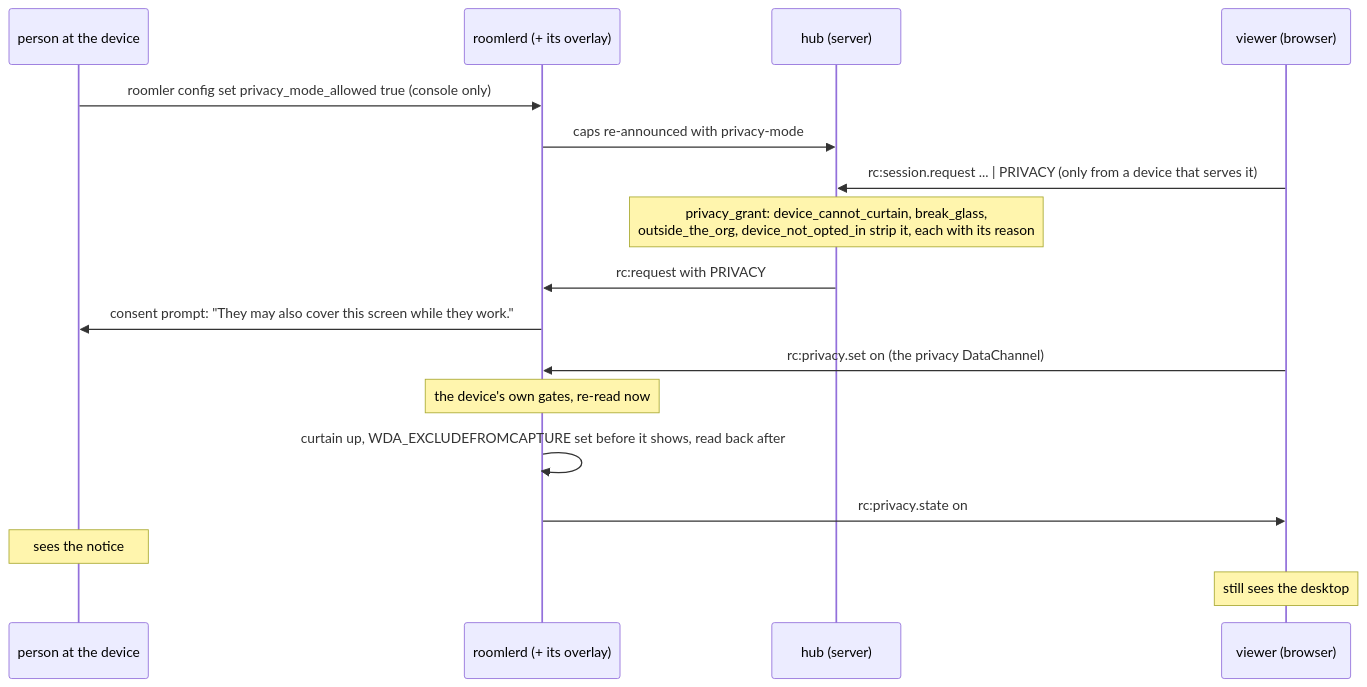
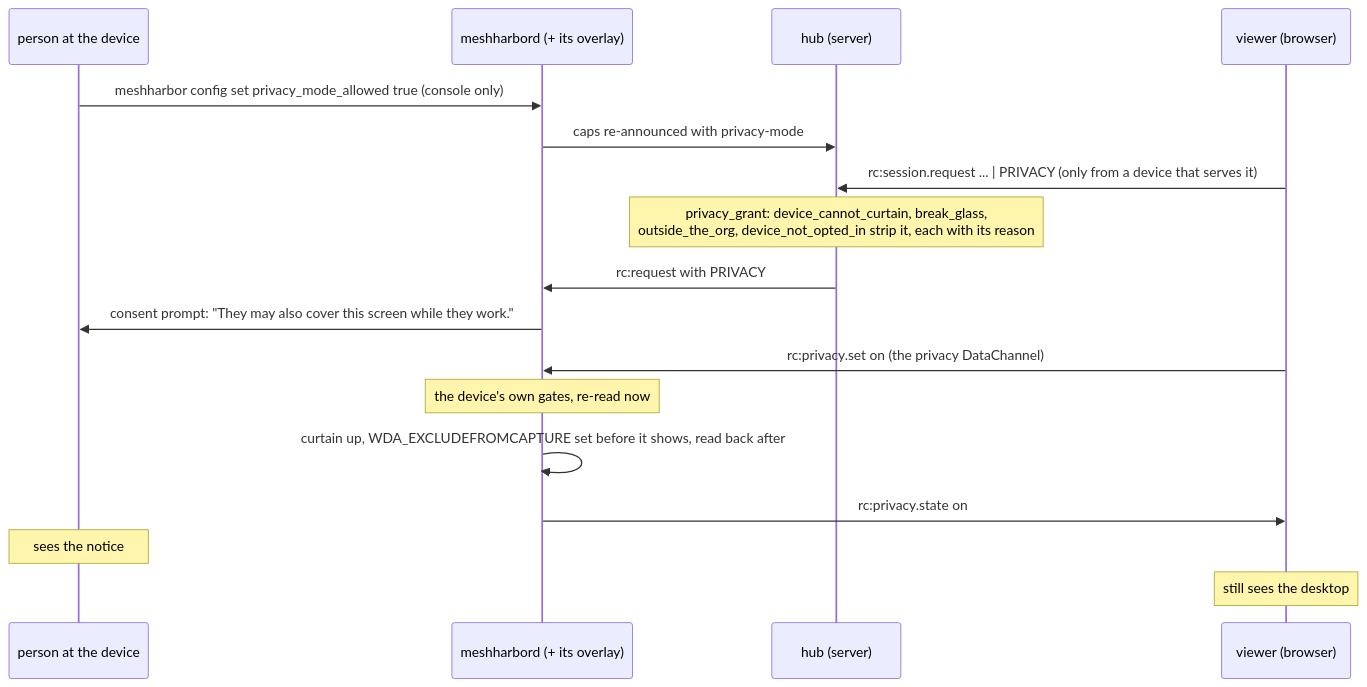
The first of 5 diagrams in docs/privacy-mode.md (jk-zhang-meta/MeshHarbor), drawn with Mermaid before and after one commit. The commit also changed other lines of this file and 682 other files, not shown here.

````diff
--- a/docs/privacy-mode.md
+++ b/docs/privacy-mode.md
@@ -45,19 +45,19 @@
 ```mermaid
 sequenceDiagram
     participant P as person at the device
-    participant A as roomlerd (+ its overlay)
+    participant A as meshharbord (+ its overlay)
     participant S as hub (server)
     participant V as viewer (browser)
-    P->>A: roomler config set privacy_mode_allowed true (console only)
+    P->>A: meshharbor config set privacy_mode_allowed true (console only)
     A->>S: caps re-announced with privacy-mode
     V->>S: rc:session.request ... | PRIVACY (only from a device that serves it)
     Note over S: privacy_grant: device_cannot_curtain, break_glass,<br/>outside_the_org, device_not_opted_in strip it, each with its reason
     S->>A: rc:request with PRIVACY
     A->>P: consent prompt: "They may also cover this screen while they work."
     V->>A: rc:privacy.set on (the privacy DataChannel)
     Note over A: the device's own gates, re-read now
     A->>A: curtain up, WDA_EXCLUDEFROMCAPTURE set before it shows, read back after
     A->>V: rc:privacy.state on
     Note over P: sees the notice
     Note over V: still sees the desktop
 ```
````
